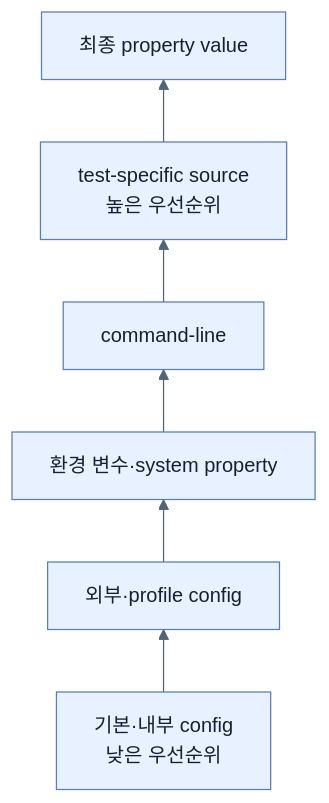
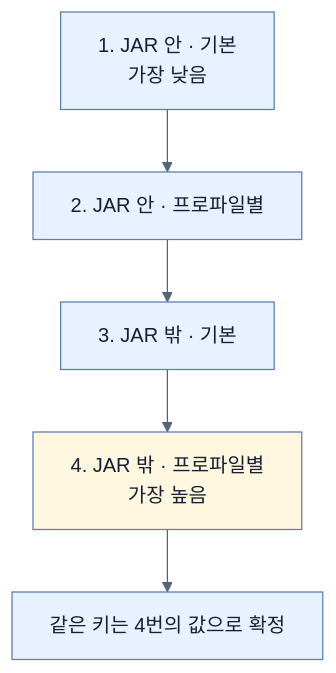
Before and after one commit to sing-u8/Learning_Spring_Boot_4: the first of 2 diagrams in spring-boot-4-pdf-notes/part-3-releasing-an-application-with-spring-boot/chapter-6-configuring-an-application-with-spring-boot/05-ordering-property-overrides.md, drawn with Mermaid. The commit also changed other lines of this file and 253 other files, not shown here.

````diff
--- a/spring-boot-4-pdf-notes/part-3-releasing-an-application-with-spring-boot/chapter-6-configuring-an-application-with-spring-boot/05-ordering-property-overrides.md
+++ b/spring-boot-4-pdf-notes/part-3-releasing-an-application-with-spring-boot/chapter-6-configuring-an-application-with-spring-boot/05-ordering-property-overrides.md
@@ -28,9 +95,9 @@
 ```mermaid
 %%{init: {'theme': 'base', 'themeVariables': {'background': '#ffffff', 'primaryColor': '#e8f1ff', 'primaryTextColor': '#172033', 'primaryBorderColor': '#5b7db1', 'lineColor': '#52647a', 'secondaryColor': '#f7fbff', 'tertiaryColor': '#fff7df'}}}%%
-flowchart BT
-    D[기본·내부 config<br/>낮은 우선순위] --> X[외부·profile config]
-    X --> E[환경 변수·system property]
-    E --> C[command-line]
-    C --> T[test-specific source<br/>높은 우선순위]
-    T --> V[최종 property value]
+flowchart TD
+    A["1. JAR 안 · 기본<br/>가장 낮음"] --> B["2. JAR 안 · 프로파일별"]
+    B --> C["3. JAR 밖 · 기본"]
+    C --> D["4. JAR 밖 · 프로파일별<br/>가장 높음"]
+    D --> R["같은 키는 4번의 값으로 확정"]
+    style D fill:#fff7df
 ```
````
